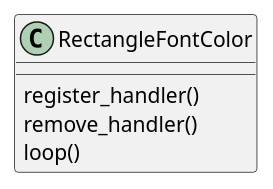
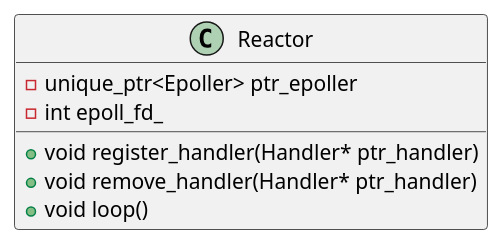
One commit to ryueran/modern_cpp_excercise changed the diagram in mordern_cpp/reactor/uml/Reactor.plantuml. Above: the diagram before and after it, drawn with PlantUML. The commit also changed 4 other files, not shown here.

```diff
--- a/mordern_cpp/reactor/uml/Reactor.plantuml
+++ b/mordern_cpp/reactor/uml/Reactor.plantuml
@@ -1,7 +1,9 @@
 @startuml
-class RectangleFontColor{
-    register_handler()
-    remove_handler()
-    loop()
+class Reactor{
+    - unique_ptr<Epoller> ptr_epoller
+    - int epoll_fd_
+    + void register_handler(Handler* ptr_handler)
+    + void remove_handler(Handler* ptr_handler)
+    + void loop()
 }
 @enduml
```
